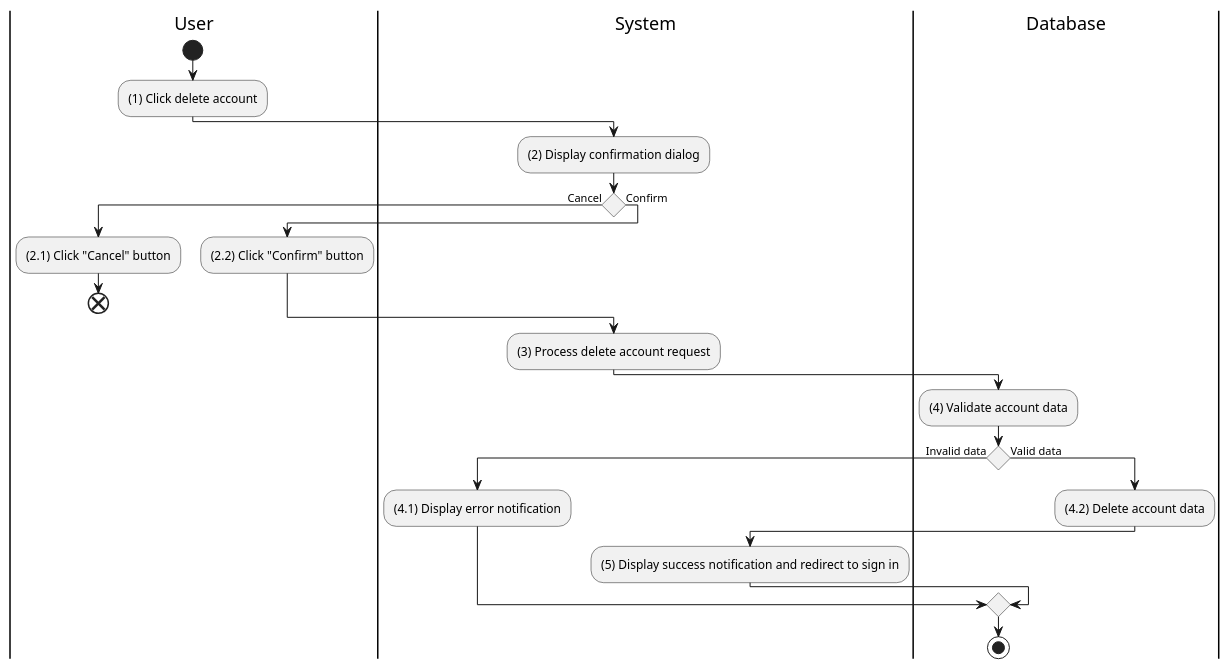
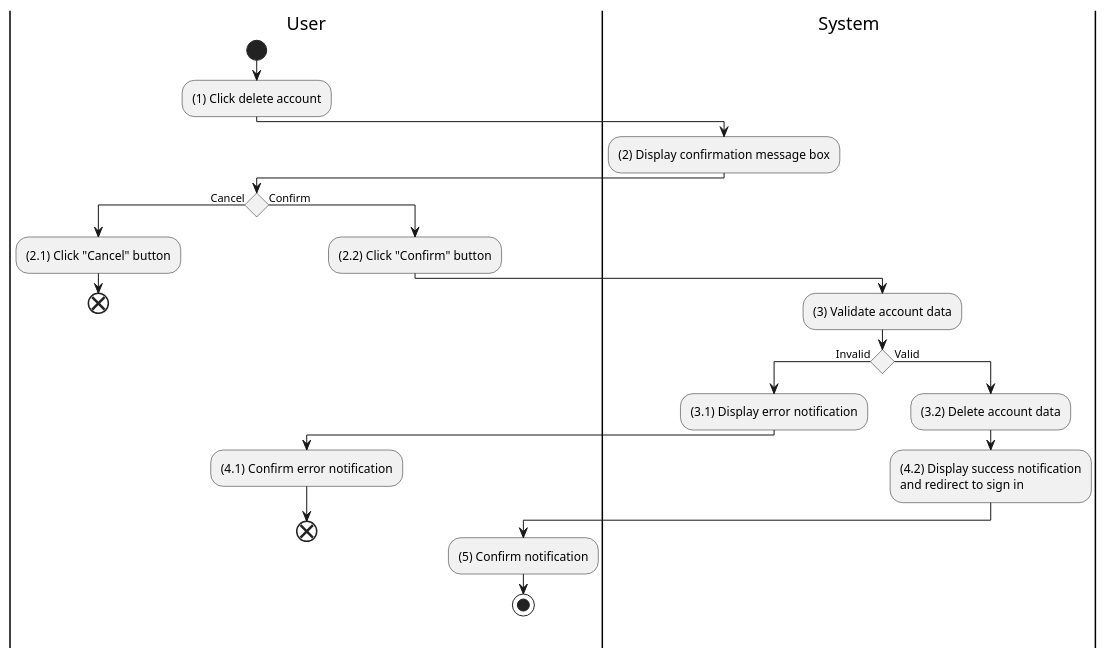
Before and after one commit to electricilies/electricilies.github.io: the diagram in docs/software-docs/activity/manage-account/delete-account.md, drawn with PlantUML. The commit also changed 47 other files, not shown here.

````diff
--- a/docs/software-docs/activity/manage-account/delete-account.md
+++ b/docs/software-docs/activity/manage-account/delete-account.md
@@ -3,36 +3,35 @@
 ```plantuml
 @startuml
 |U|User
 |S|System
-|D|Database
 
 |U|
 start
 :(1) Click delete account;
 |S|
-:(2) Display confirmation dialog;
+:(2) Display confirmation message box;
+|U|
 if () then (Cancel)
-  |U|
   :(2.1) Click "Cancel" button;
   end
 else (Confirm)
   :(2.2) Click "Confirm" button;
+  |S|
+  :(3) Validate account data;
+  if () then (Invalid)
+    :(3.1) Display error notification;
+    |U|
+    :(4.1) Confirm error notification;
+    end
+  else (Valid)
+    |S|
+    :(3.2) Delete account data;
+    :(4.2) Display success notification 
+and redirect to sign in;
+    |U|
+    :(5) Confirm notification;
+    stop
+  endif
 endif
-|S|
-:(3) Process delete account request;
-|D|
-:(4) Validate account data;
-if () then (Invalid data)
-  |S|
-  :(4.1) Display error notification;
-else (Valid data)
-  |D|
-  :(4.2) Delete account data;
-  |S|
-  :(5) Display success notification and redirect to sign in;
-endif
-|D|
-stop
-
 @enduml
 ```
````
